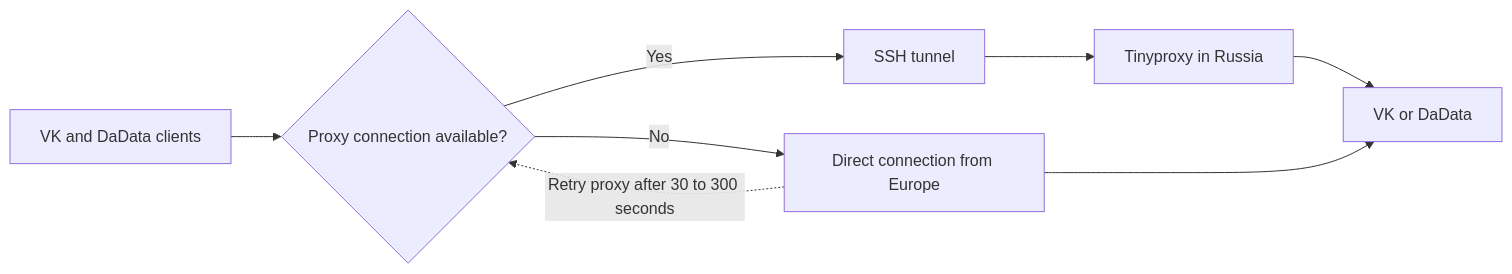
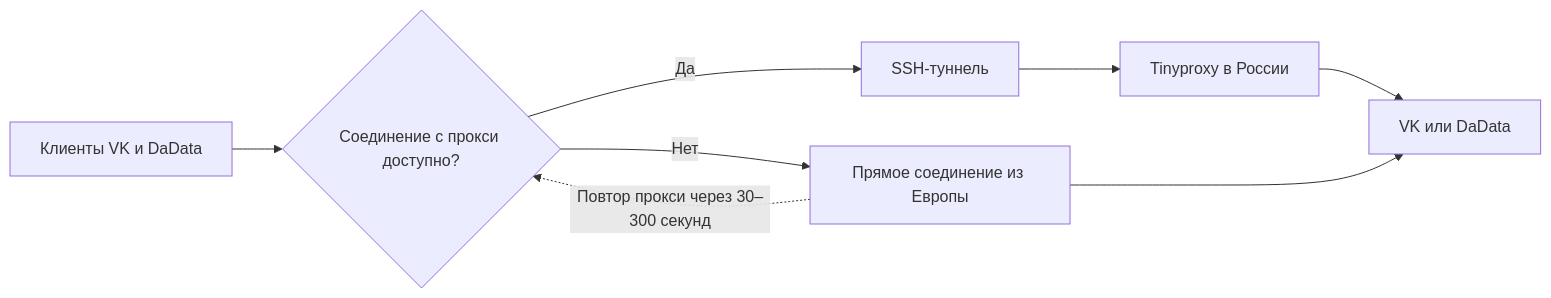
Before and after one commit to omkality/domofomka: the second of 3 diagrams in README.md, drawn with Mermaid. The commit also changed other lines of this file and 12 other files, not shown here.

````diff
--- a/README.md
+++ b/README.md
@@ -28,10 +28,10 @@
 ```mermaid
 flowchart LR
-    A[VK and DaData clients] --> P{Proxy connection available?}
-    P -->|Yes| T[SSH tunnel]
-    T --> R[Tinyproxy in Russia]
-    R --> S[VK or DaData]
-    P -->|No| D[Direct connection from Europe]
+    A[Клиенты VK и DaData] --> P{Соединение с прокси доступно?}
+    P -->|Да| T[SSH-туннель]
+    T --> R[Tinyproxy в России]
+    R --> S[VK или DaData]
+    P -->|Нет| D[Прямое соединение из Европы]
     D --> S
-    D -.->|Retry proxy after 30 to 300 seconds| P
+    D -.->|Повтор прокси через 30–300 секунд| P
 ```
````
